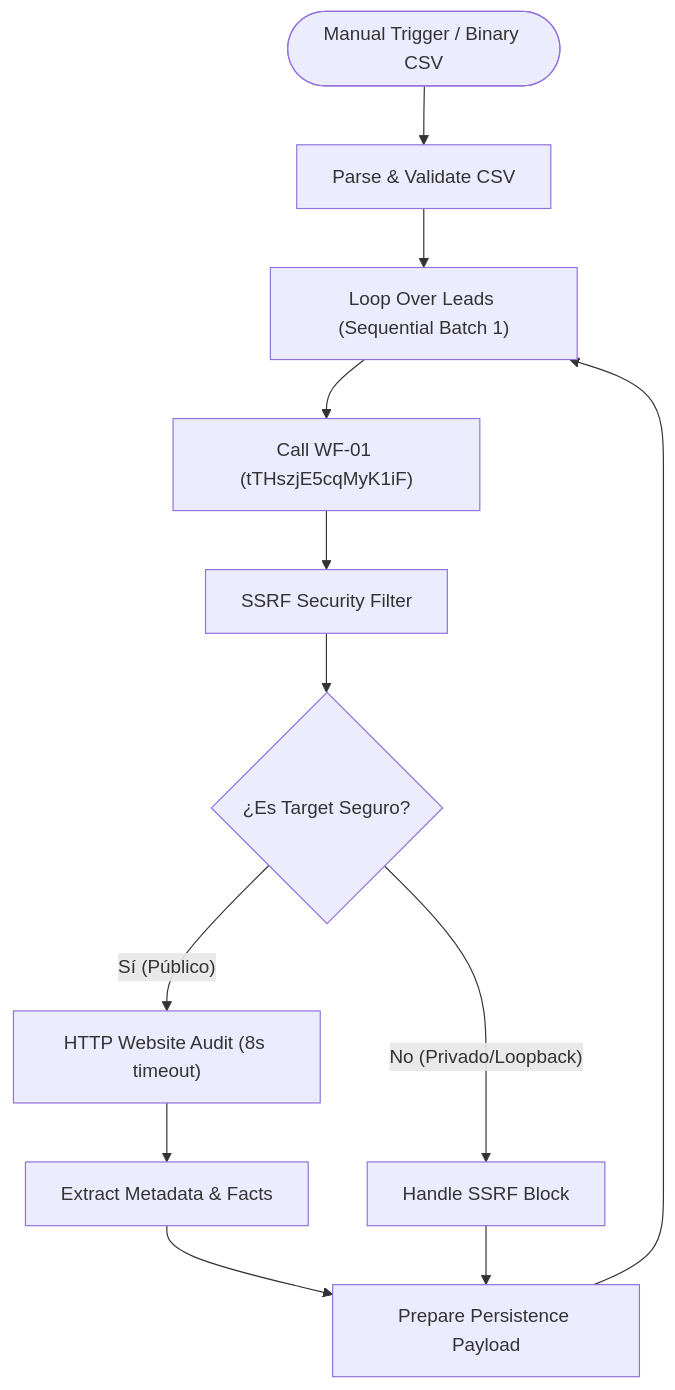
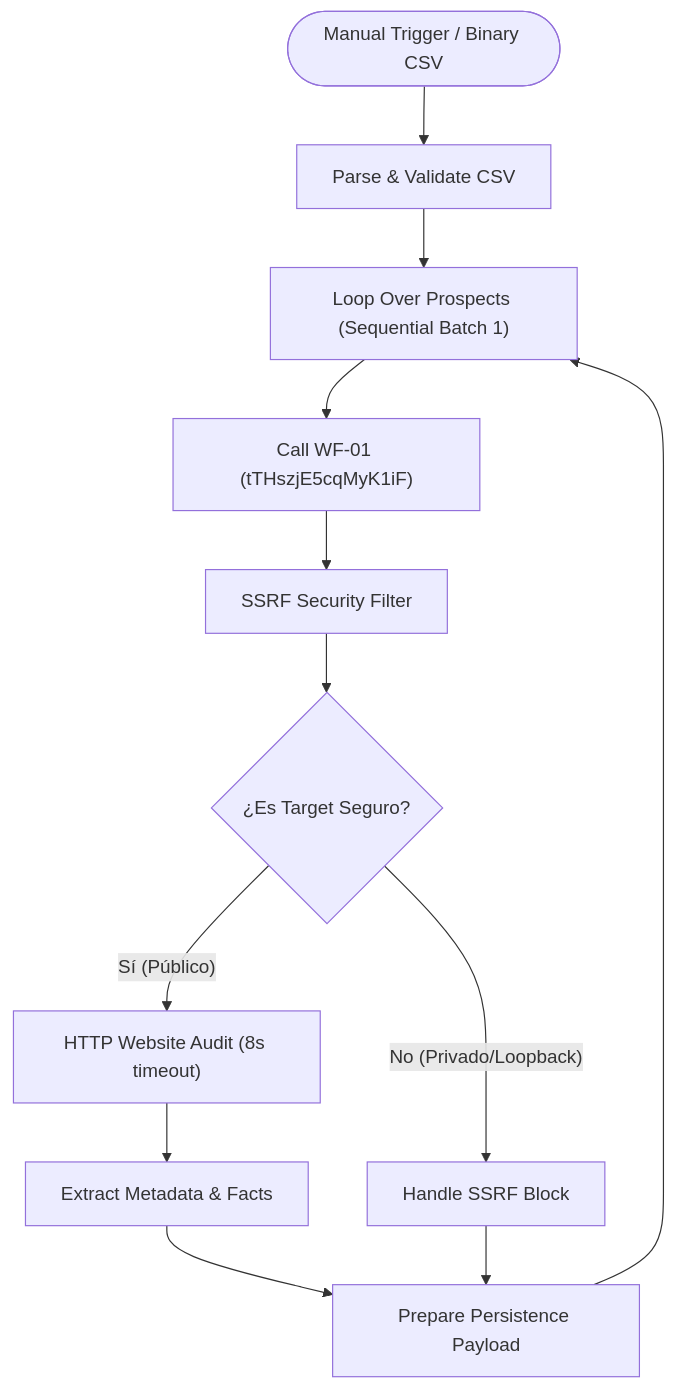
One commit to jerepe244-coder/my-project-4 changed the diagram in docs/ARCHITECTURE_WF-02.md. Above: the diagram before and after it, drawn with Mermaid. The commit also changed other lines of this file and 7 other files, not shown here.

````diff
--- a/docs/ARCHITECTURE_WF-02.md
+++ b/docs/ARCHITECTURE_WF-02.md
@@ -14,14 +14,14 @@
 ```mermaid
 flowchart TD
     Start(["Manual Trigger / Binary CSV"]) --> NodeParse["Parse & Validate CSV"]
-    NodeParse --> Loop["Loop Over Leads (Sequential Batch 1)"]
+    NodeParse --> Loop["Loop Over Prospects (Sequential Batch 1)"]
     Loop --> CallWF01["Call WF-01 (tTHszjE5cqMyK1iF)"]
     CallWF01 --> SSRF["SSRF Security Filter"]
     SSRF --> CheckSafe{"¿Es Target Seguro?"}
     CheckSafe -- "Sí (Público)" --> AuditHTTP["HTTP Website Audit (8s timeout)"]
     CheckSafe -- "No (Privado/Loopback)" --> SSRFBlock["Handle SSRF Block"]
     AuditHTTP --> ExtractFacts["Extract Metadata & Facts"]
     ExtractFacts --> Persist["Prepare Persistence Payload"]
     SSRFBlock --> Persist
     Persist --> Loop
 ```
````
